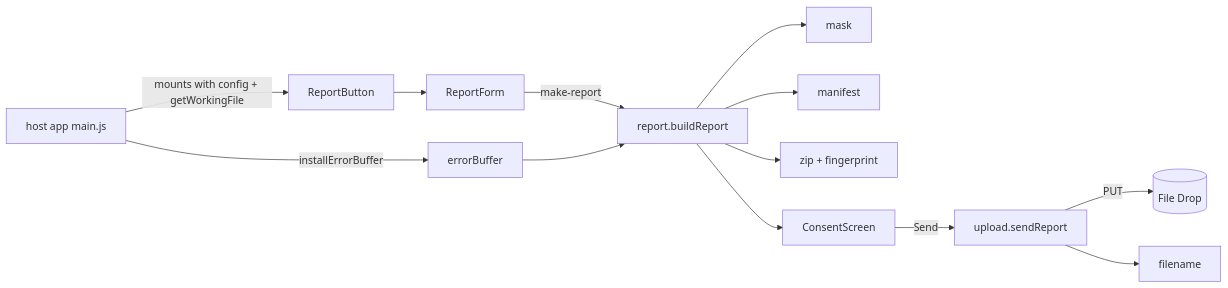
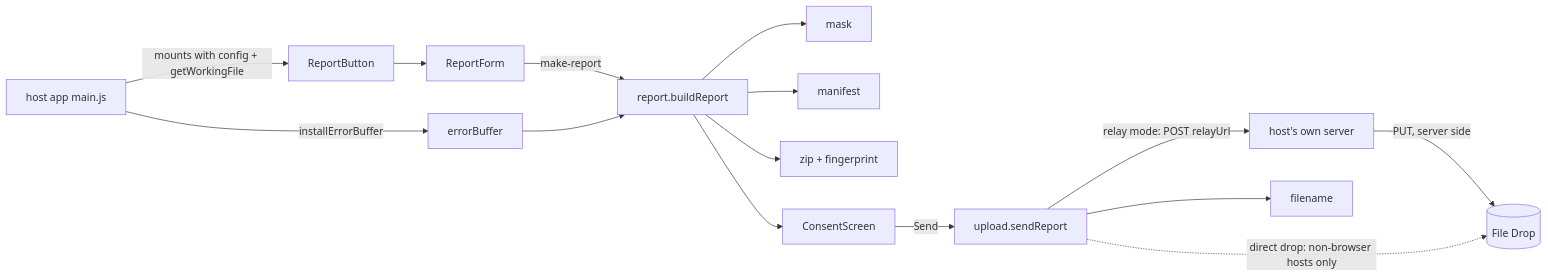
The diagram in docs/code-map.md (iannitram/craft-bugreport-web), drawn with Mermaid before and after one commit. The commit also changed other lines of this file and 8 other files, not shown here.

First line of the commit message:
Relay mode: send reports through the host's own server, never a drop token in the browser (#29)

````diff
--- a/docs/code-map.md
+++ b/docs/code-map.md
@@ -29,10 +30,12 @@
 ```mermaid
 flowchart LR
   Host[host app main.js] -->|installErrorBuffer| EB[errorBuffer]
   Host -->|mounts with config + getWorkingFile| RB[ReportButton]
   RB --> RF[ReportForm] -->|make-report| R[report.buildReport]
   R --> M[mask] & MF[manifest] & Z[zip + fingerprint]
   EB --> R
-  R --> CS[ConsentScreen] -->|Send| U[upload.sendReport] -->|PUT| FD[(File Drop)]
+  R --> CS[ConsentScreen] -->|Send| U[upload.sendReport]
+  U -->|relay mode: POST relayUrl| SRV[host's own server] -->|PUT, server side| FD[(File Drop)]
+  U -.->|direct drop: non-browser hosts only| FD
   U --> FN[filename]
 ```
````
